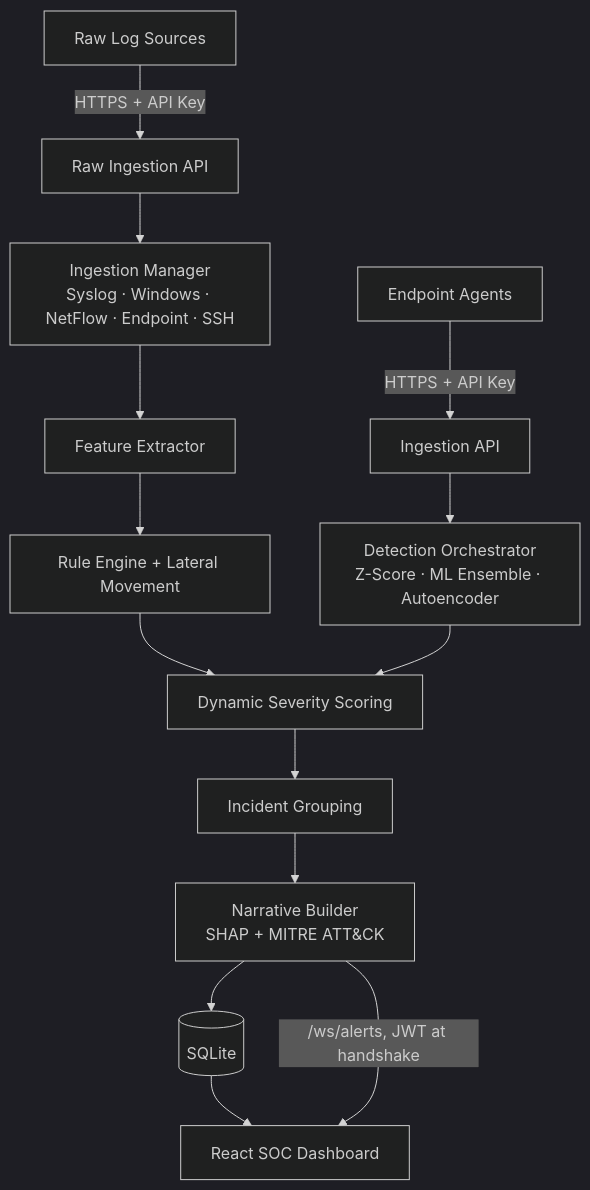
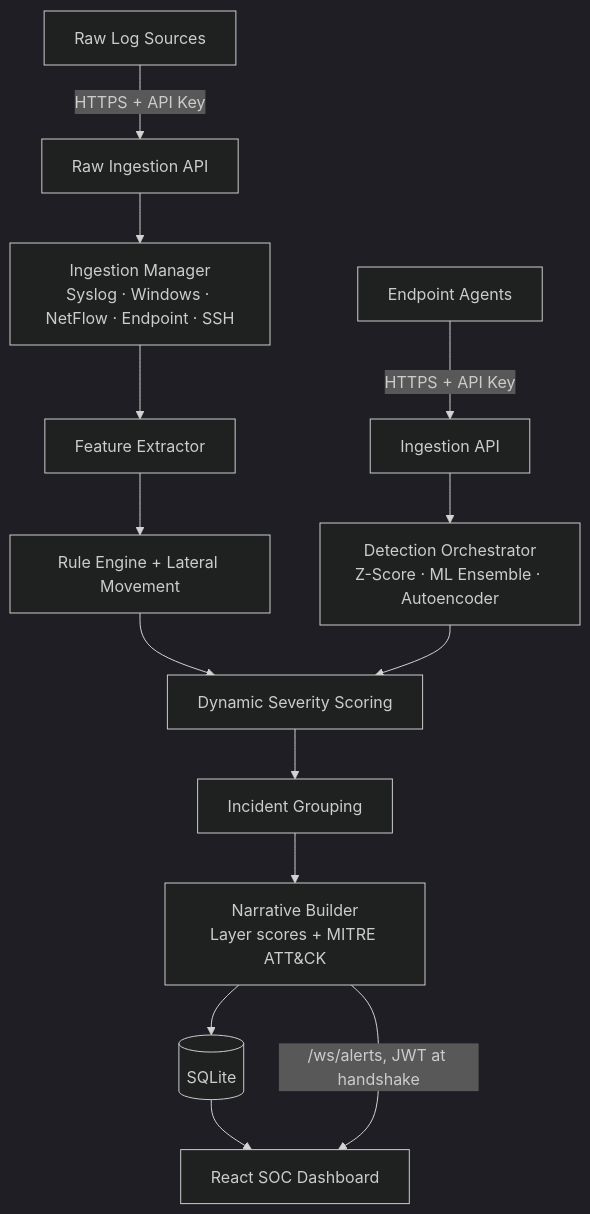
Before and after one commit to tsmanral/lsadra: the diagram in README.md, drawn with Mermaid (dark theme). The commit also changed other lines of this file and 2 other files, not shown here.

First line of the commit message:
docs: drop the SHAP explainability claim the live pipeline does not deliver

````diff
--- a/README.md
+++ b/README.md
@@ -116,16 +116,16 @@
 ```mermaid
 graph TD
     A[Endpoint Agents] -->|HTTPS + API Key| B[Ingestion API]
     R[Raw Log Sources] -->|HTTPS + API Key| V[Raw Ingestion API]
     V --> IM[Ingestion Manager<br/>Syslog · Windows · NetFlow · Endpoint · SSH]
     IM --> FE[Feature Extractor]
     B --> C[Detection Orchestrator<br/>Z-Score · ML Ensemble · Autoencoder]
     FE --> RE[Rule Engine + Lateral Movement]
     RE --> SV[Dynamic Severity Scoring]
     C --> SV
     SV --> INC[Incident Grouping]
-    INC --> NB[Narrative Builder<br/>SHAP + MITRE ATT&CK]
+    INC --> NB[Narrative Builder<br/>Layer scores + MITRE ATT&CK]
     NB --> DB[(SQLite)]
     DB --> DASH[React SOC Dashboard]
     NB -->|/ws/alerts, JWT at handshake| DASH
 ```
````
